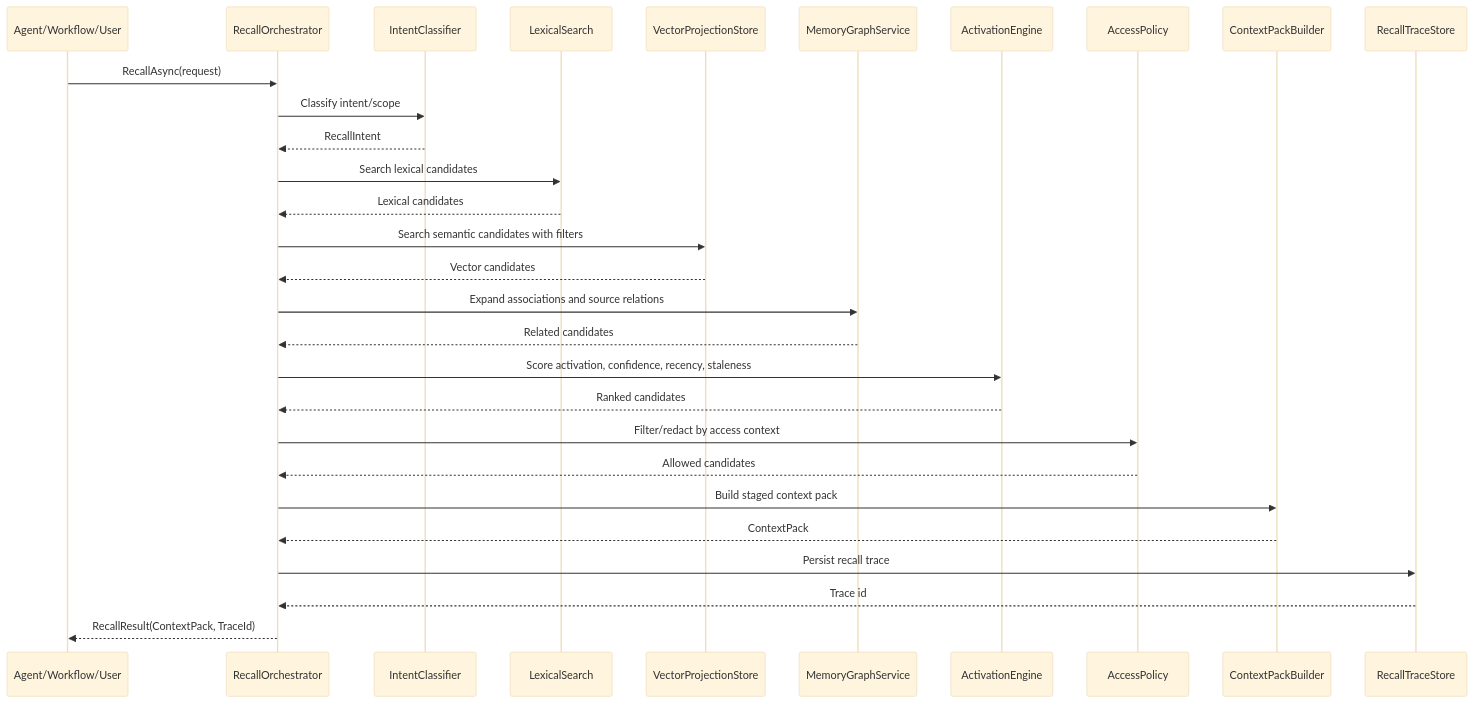
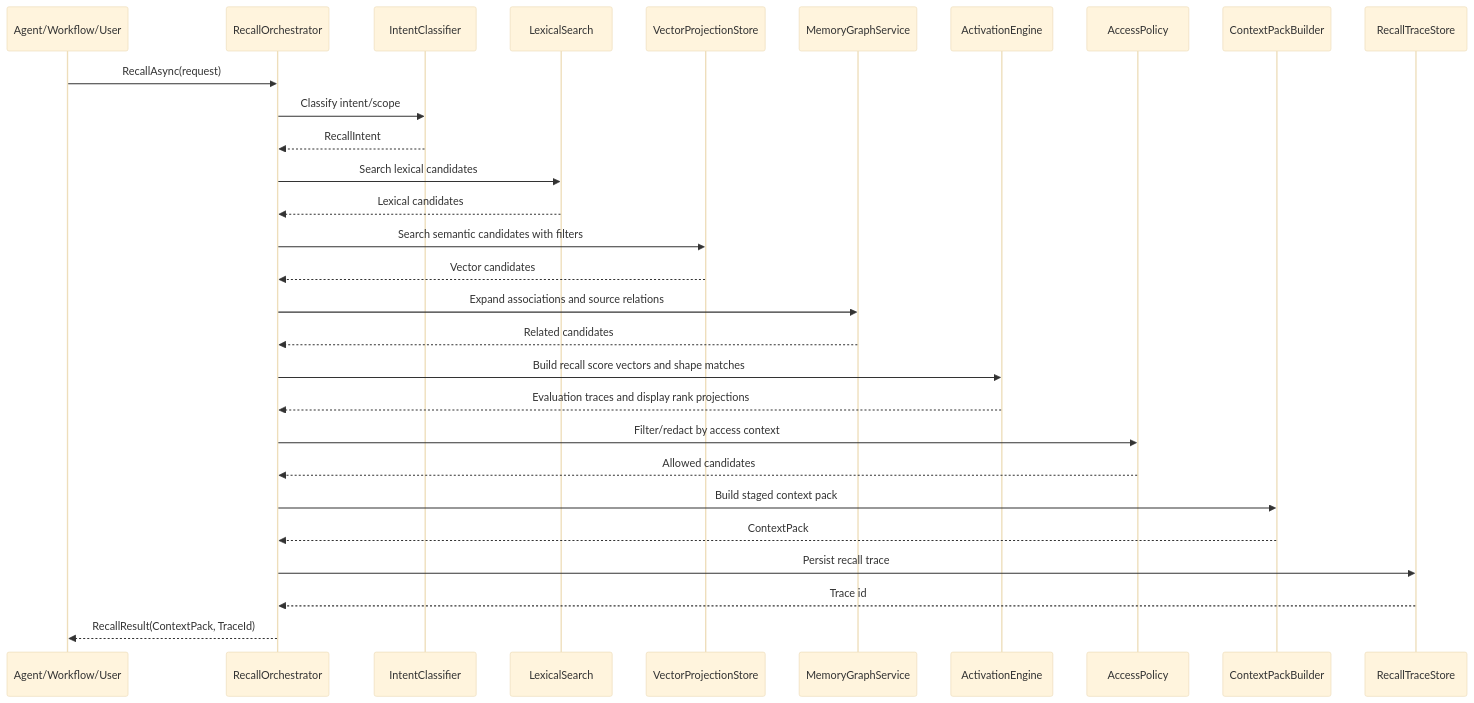
One commit to fyziktom/CanDoItAll changed the diagram in codex/bundles/cognitive-memory-architecture-v2/diagrams/05-recall-sequence.mmd. Above: the diagram before and after it, drawn with Mermaid (base theme). The commit also changed 79 other files, not shown here.

```diff
--- a/codex/bundles/cognitive-memory-architecture-v2/diagrams/05-recall-sequence.mmd
+++ b/codex/bundles/cognitive-memory-architecture-v2/diagrams/05-recall-sequence.mmd
@@ -1,30 +1,30 @@
 sequenceDiagram
     participant Agent as Agent/Workflow/User
     participant Recall as RecallOrchestrator
     participant Intent as IntentClassifier
     participant Lex as LexicalSearch
     participant Vec as VectorProjectionStore
     participant Graph as MemoryGraphService
     participant Act as ActivationEngine
     participant Policy as AccessPolicy
     participant Context as ContextPackBuilder
     participant Trace as RecallTraceStore
 
     Agent->>Recall: RecallAsync(request)
     Recall->>Intent: Classify intent/scope
     Intent-->>Recall: RecallIntent
     Recall->>Lex: Search lexical candidates
     Lex-->>Recall: Lexical candidates
     Recall->>Vec: Search semantic candidates with filters
     Vec-->>Recall: Vector candidates
     Recall->>Graph: Expand associations and source relations
     Graph-->>Recall: Related candidates
-    Recall->>Act: Score activation, confidence, recency, staleness
-    Act-->>Recall: Ranked candidates
+    Recall->>Act: Build recall score vectors and shape matches
+    Act-->>Recall: Evaluation traces and display rank projections
     Recall->>Policy: Filter/redact by access context
     Policy-->>Recall: Allowed candidates
     Recall->>Context: Build staged context pack
     Context-->>Recall: ContextPack
     Recall->>Trace: Persist recall trace
     Trace-->>Recall: Trace id
     Recall-->>Agent: RecallResult(ContextPack, TraceId)
```
